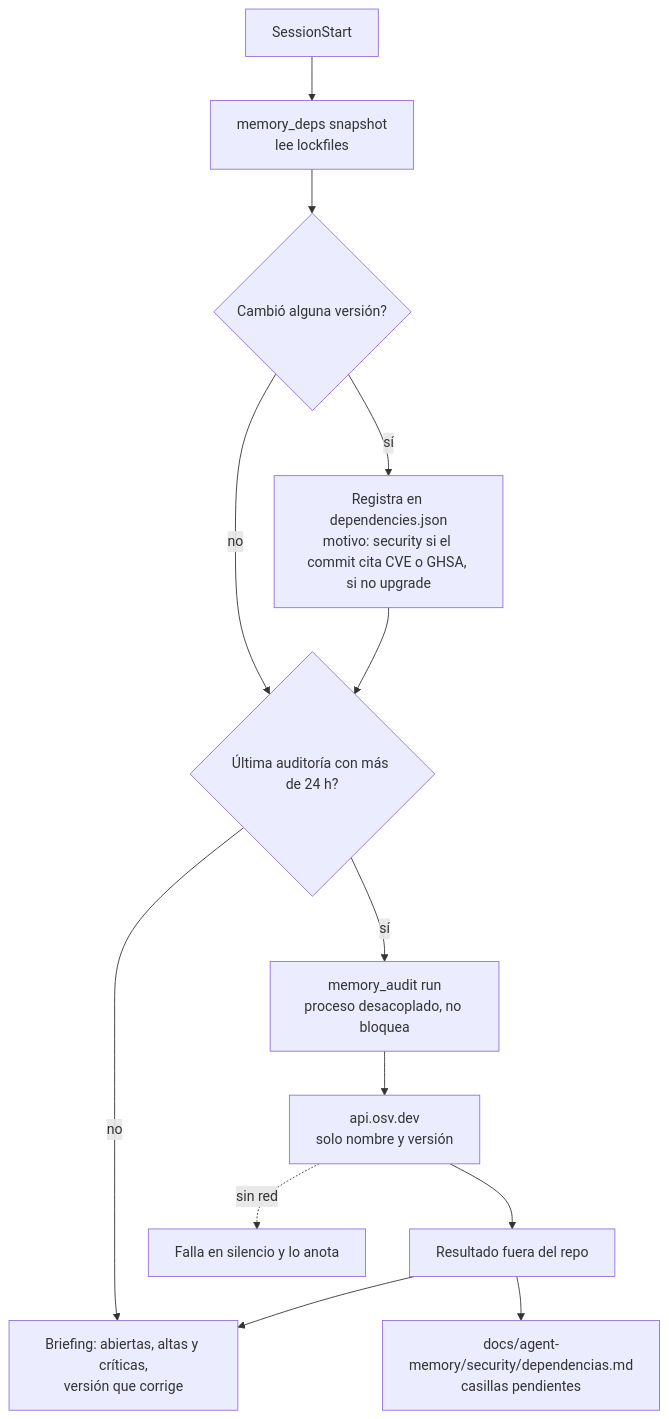
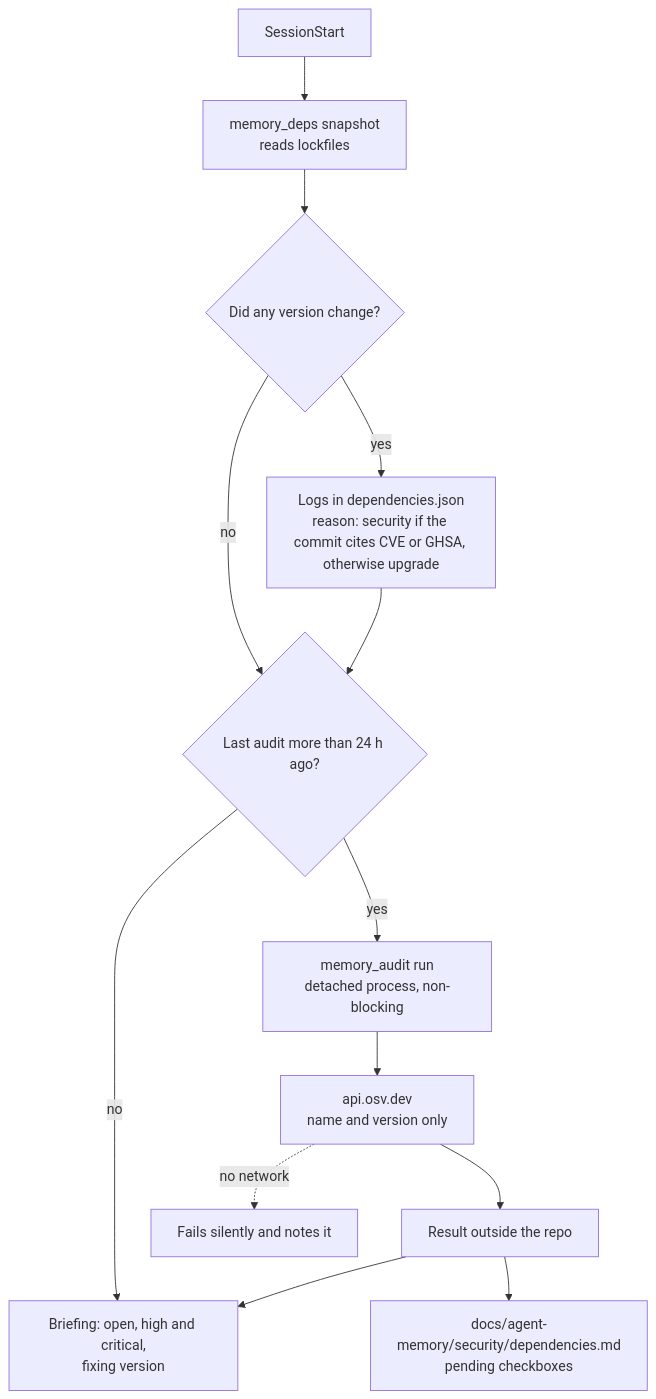
Before and after one commit to WRopero/Timewarden: the fifth of 8 diagrams in docs/HOW_IT_WORKS.md, drawn with Mermaid. The commit also changed other lines of this file and 97 other files, not shown here.

````diff
--- a/docs/HOW_IT_WORKS.md
+++ b/docs/HOW_IT_WORKS.md
@@ -86,15 +86,15 @@
 ```mermaid
 flowchart TD
-  S["SessionStart"] --> SN["memory_deps snapshot<br/>lee lockfiles"]
-  SN --> CH{"Cambió alguna versión?"}
-  CH -->|"sí"| LOG["Registra en dependencies.json<br/>motivo: security si el commit cita CVE o GHSA, si no upgrade"]
+  S["SessionStart"] --> SN["memory_deps snapshot<br/>reads lockfiles"]
+  SN --> CH{"Did any version change?"}
+  CH -->|"yes"| LOG["Logs in dependencies.json<br/>reason: security if the commit cites CVE or GHSA, otherwise upgrade"]
   CH -->|"no"| AGE
-  LOG --> AGE{"Última auditoría con más de 24 h?"}
+  LOG --> AGE{"Last audit more than 24 h ago?"}
   AGE -->|"no"| SHOW
-  AGE -->|"sí"| BG["memory_audit run<br/>proceso desacoplado, no bloquea"]
-  BG --> OSV["api.osv.dev<br/>solo nombre y versión"]
-  OSV --> RES["Resultado fuera del repo"]
-  RES --> DOC["docs/agent-memory/security/dependencias.md<br/>casillas pendientes"]
-  RES --> SHOW["Briefing: abiertas, altas y críticas,<br/>versión que corrige"]
-  OSV -.->|"sin red"| FAIL["Falla en silencio y lo anota"]
+  AGE -->|"yes"| BG["memory_audit run<br/>detached process, non-blocking"]
+  BG --> OSV["api.osv.dev<br/>name and version only"]
+  OSV --> RES["Result outside the repo"]
+  RES --> DOC["docs/agent-memory/security/dependencies.md<br/>pending checkboxes"]
+  RES --> SHOW["Briefing: open, high and critical,<br/>fixing version"]
+  OSV -.->|"no network"| FAIL["Fails silently and notes it"]
 ```
````
